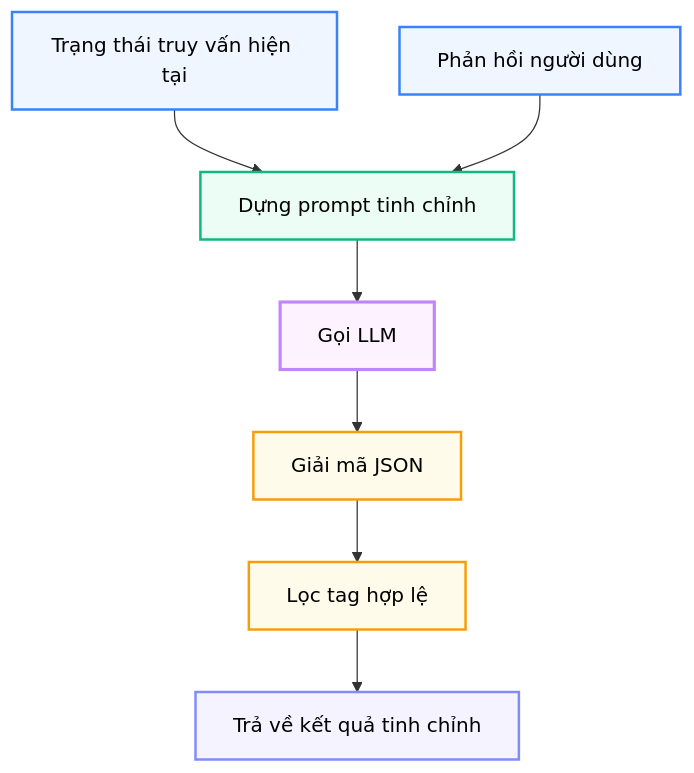
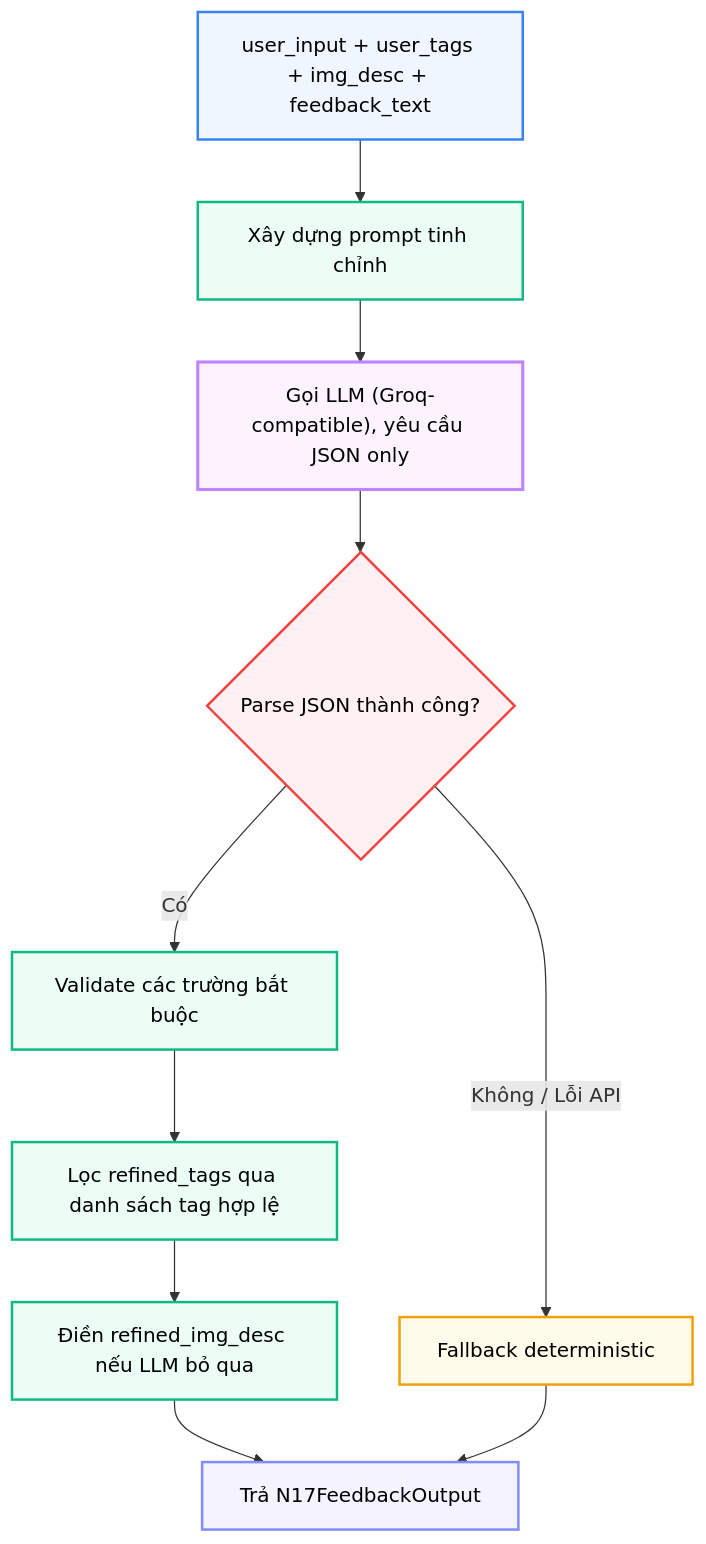
The first of 2 diagrams in docs/modules/n17_feedback_processing.md (ltk6/travel-exp-planner), drawn with Mermaid before and after one commit. The commit also changed other lines of this file and 52 other files, not shown here.

````diff
--- a/docs/modules/n17_feedback_processing.md
+++ b/docs/modules/n17_feedback_processing.md
@@ -80,16 +107,20 @@
 ```mermaid
 %%{init: {'flowchart': {'useMaxWidth': false}}}%%
 graph TD
-    classDef client fill:#eff6ff,stroke:#3b82f6,stroke-width:2px,color:#000000;
+    classDef in fill:#eff6ff,stroke:#3b82f6,stroke-width:2px,color:#000000;
     classDef op fill:#ecfdf5,stroke:#10b981,stroke-width:2px,color:#000000;
     classDef llm fill:#fdf2ff,stroke:#c084fc,stroke-width:2.5px,color:#000000;
-    classDef parse fill:#fffbeb,stroke:#f59e0b,stroke-width:2px,color:#000000;
+    classDef check fill:#fff1f2,stroke:#ef4444,stroke-width:2px,color:#000000;
+    classDef fallback fill:#fffbeb,stroke:#f59e0b,stroke-width:2px,color:#000000;
     classDef out fill:#f5f3ff,stroke:#818cf8,stroke-width:2px,color:#000000;
-    
-    A["Trạng thái truy vấn hiện tại"]:::client --> B["Dựng prompt tinh chỉnh"]:::op
-    C["Phản hồi người dùng"]:::client --> B
-    B --> D["Gọi LLM"]:::llm
-    D --> E["Giải mã JSON"]:::parse
-    E --> F["Lọc tag hợp lệ"]:::parse
-    F --> G["Trả về kết quả tinh chỉnh"]:::out
+
+    A["user_input + user_tags + img_desc + feedback_text"]:::in --> B["Xây dựng prompt tinh chỉnh"]:::op
+    B --> C["Gọi LLM (Groq-compatible), yêu cầu JSON only"]:::llm
+    C --> D{"Parse JSON thành công?"}:::check
+    D -- "Có" --> E["Validate các trường bắt buộc"]:::op
+    E --> F["Lọc refined_tags qua danh sách tag hợp lệ"]:::op
+    F --> G["Điền refined_img_desc nếu LLM bỏ qua"]:::op
+    G --> H["Trả N17FeedbackOutput"]:::out
+    D -- "Không / Lỗi API" --> I["Fallback deterministic"]:::fallback
+    I --> H
 ```
````
